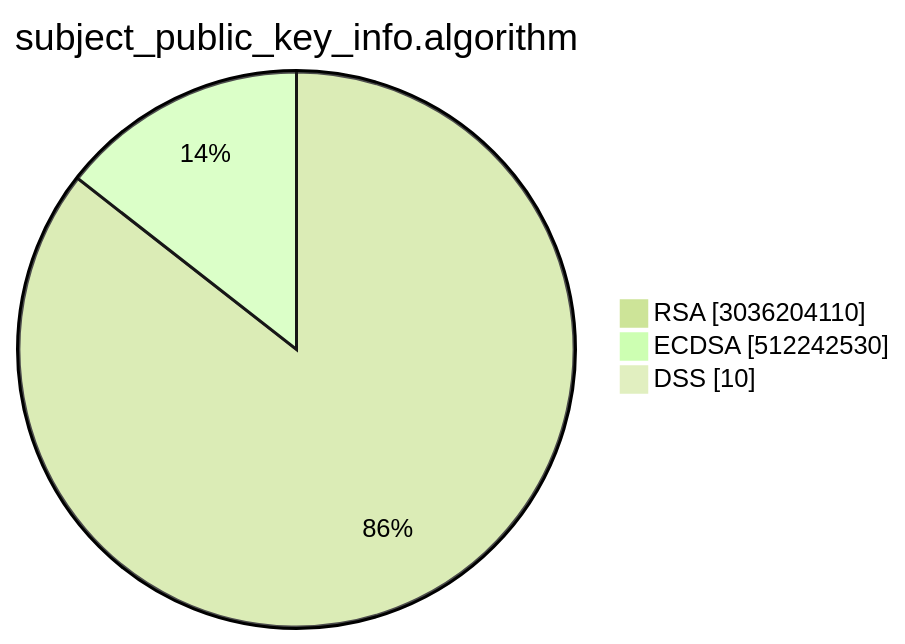
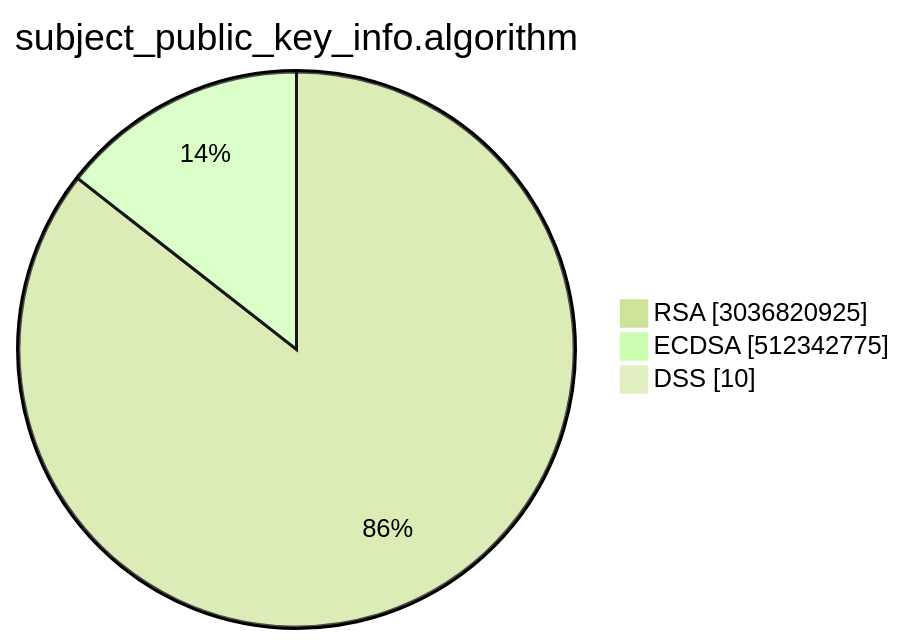
The second of 15 diagrams in TOTAL/README.md (christiankrug/ctmonitor_visualization), drawn with Mermaid (forest theme) before and after one commit. The commit also changed other lines of this file, not shown here.

````diff
--- a/TOTAL/README.md
+++ b/TOTAL/README.md
@@ -6,7 +6,7 @@
 ```mermaid
 pie showData
 title subject_public_key_info.algorithm
-"RSA" :3036204110
-"ECDSA" :512242530
+"RSA" :3036820925
+"ECDSA" :512342775
 "DSS" :10
 ```
````
